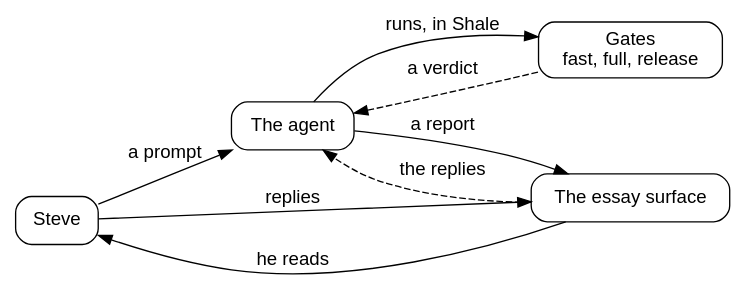
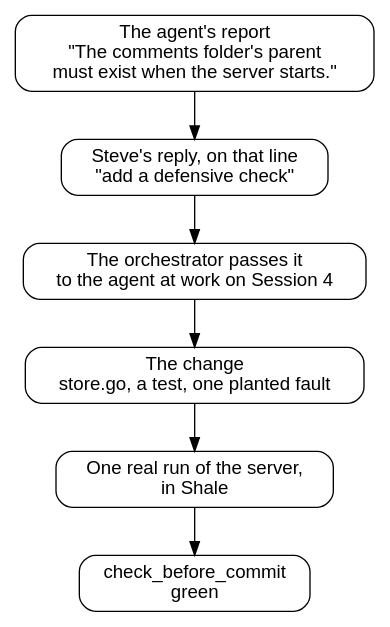
One commit to showell/shale changed the first of 4 diagrams in book/book.md. Above: the diagram before and after it, drawn with Graphviz. The commit also changed other lines of this file and 2 other files, not shown here.

Commit message:
One loop rewritten: the diagram is the one turn the chapter walks (MISSION AS); reply where the context is, read the script and let the agent read the output; negatives held at 109

````diff
--- a/book/book.md
+++ b/book/book.md
@@ -120,18 +120,14 @@
 ```dot
-digraph loop {
-  rankdir=LR;
+digraph turn {
+  rankdir=TB;
   node [shape=box, style="rounded", fontname="Helvetica", margin="0.15,0.08"];
   edge [fontname="Helvetica"];
-  steve [label="Steve"];
-  agent [label="The agent"];
-  gates [label="Gates\nfast, full, release"];
-  surface [label="The essay surface"];
-  steve -> agent [label="a prompt"];
-  agent -> gates [label="runs, in Shale"];
-  gates -> agent [label="a verdict", style=dashed];
-  agent -> surface [label="a report"];
-  surface -> steve [label="he reads"];
-  steve -> surface [label="replies"];
-  surface -> agent [label="the replies", style=dashed];
+  report [label="The agent's report\n\"The comments folder's parent\nmust exist when the server starts.\""];
+  reply [label="Steve's reply, on that line\n\"add a defensive check\""];
+  handoff [label="The orchestrator passes it\nto the agent at work on Session 4"];
+  change [label="The change\nstore.go, a test, one planted fault"];
+  real [label="One real run of the server,\nin Shale"];
+  gate [label="check_before_commit\ngreen"];
+  report -> reply -> handoff -> change -> real -> gate;
 }
 ```
````
